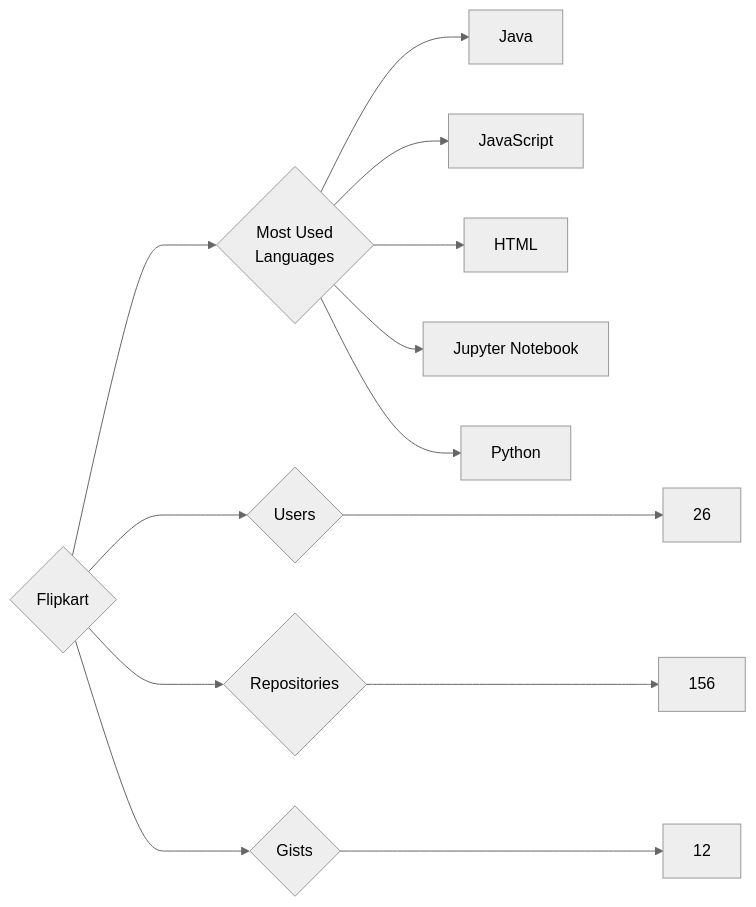
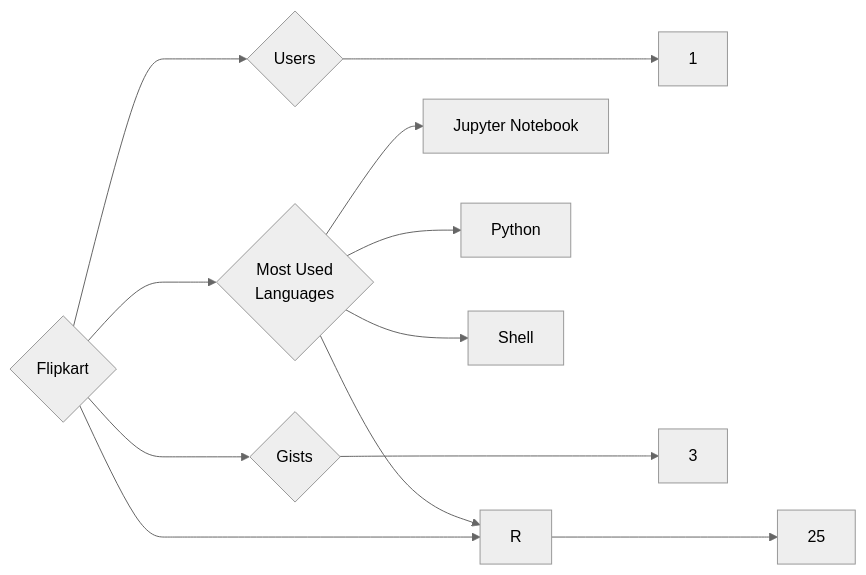
The diagram in targets/Flipkart/README.md (trickest/insiders), drawn with Mermaid (neutral theme) before and after one commit. The commit also changed 614 other files, not shown here.

````diff
--- a/targets/Flipkart/README.md
+++ b/targets/Flipkart/README.md
@@ -3,13 +3,12 @@
 ```mermaid
 graph LR
 COMPANY_NAME{Flipkart}
-COMPANY_NAME ---> U{Users} ---> UN[26]
-COMPANY_NAME ---> R{Repositories} ---> RN[156]
-COMPANY_NAME ---> G{Gists} ---> GN[12]
+COMPANY_NAME ---> U{Users} ---> UN[1]
+COMPANY_NAME ---> R{Repositories} ---> RN[25]
+COMPANY_NAME ---> G{Gists} ---> GN[3]
 COMPANY_NAME ---> ML{Most Used<br>Languages}
-ML --> Java[Java]
-ML --> JavaScript[JavaScript]
-ML --> HTML[HTML]
 ML --> Jupyter_Notebook[Jupyter Notebook]
 ML --> Python[Python]
+ML --> Shell[Shell]
+ML --> R[R]
 ```
````
